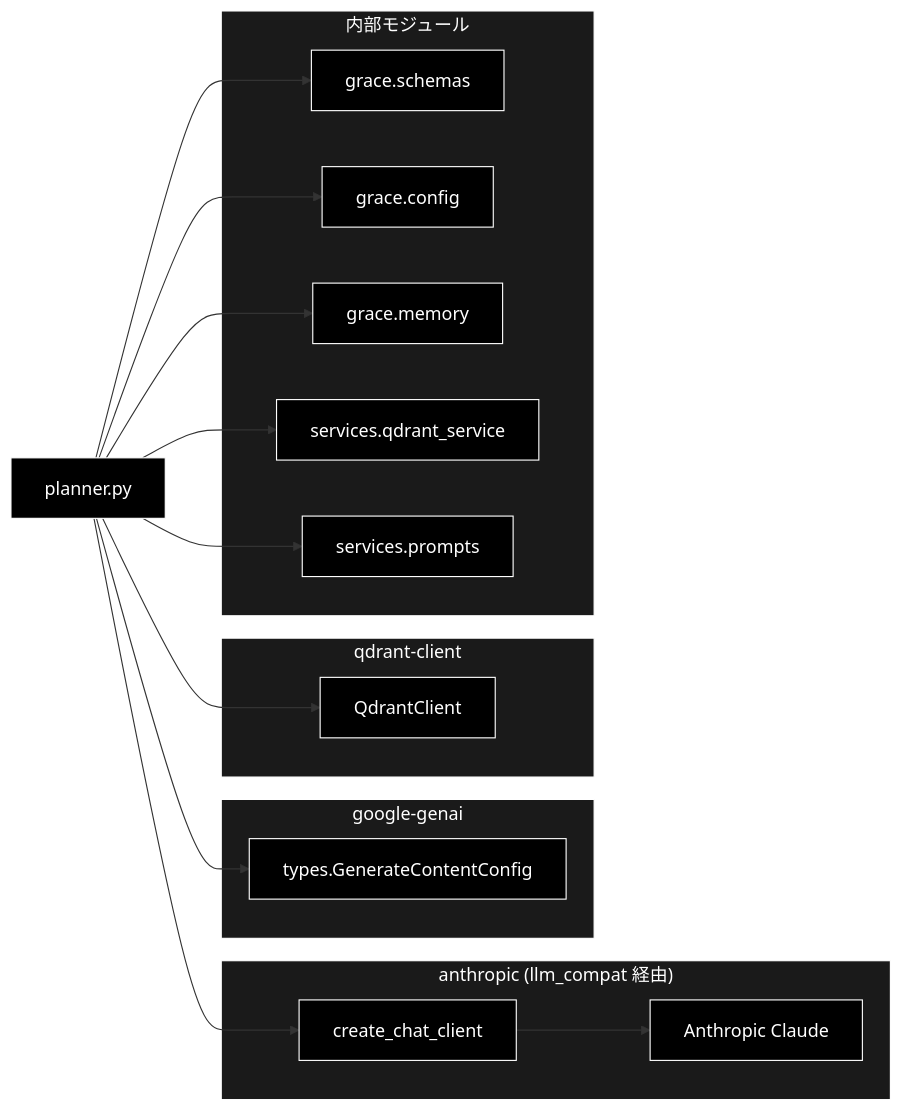
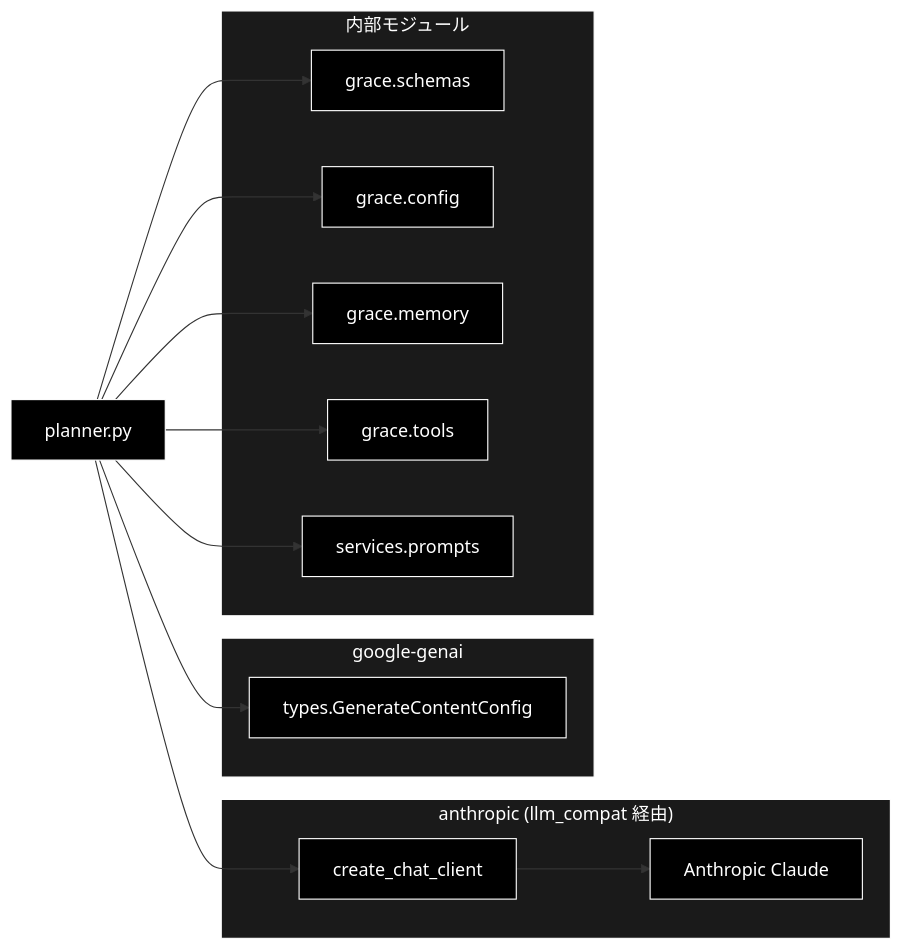
One commit to nakashima2toshio/grace_v2 changed the third of 3 diagrams in grace/docs/planner.md. Above: the diagram before and after it, drawn with Mermaid. The commit also changed other lines of this file and 8 other files, not shown here.

````diff
--- a/grace/docs/planner.md
+++ b/grace/docs/planner.md
@@ -1325,42 +1394,36 @@
 ```mermaid
 flowchart LR
     PLANNER["planner.py"]
 
     subgraph ANTHROPIC["anthropic (llm_compat 経由)"]
         CLIENT["create_chat_client"]
         CLAUDE["Anthropic Claude"]
     end
 
     subgraph GENAI["google-genai"]
         TYPES["types.GenerateContentConfig"]
     end
 
-    subgraph QDRANT["qdrant-client"]
-        QC["QdrantClient"]
-    end
-
     subgraph INTERNAL["内部モジュール"]
         SCHEMAS["grace.schemas"]
         CONFIG["grace.config"]
         MEMORY["grace.memory"]
-        QSVC["services.qdrant_service"]
+        TOOLS["grace.tools"]
         PROMPTS["services.prompts"]
     end
 
     PLANNER --> CLIENT
     CLIENT --> CLAUDE
     PLANNER --> TYPES
-    PLANNER --> QC
     PLANNER --> SCHEMAS
     PLANNER --> CONFIG
     PLANNER --> MEMORY
-    PLANNER --> QSVC
+    PLANNER --> TOOLS
     PLANNER --> PROMPTS
 classDef default fill:#000,stroke:#fff,color:#fff
 classDef subgraphStyle fill:#1a1a1a,stroke:#fff,color:#fff
-class PLANNER,CLIENT,CLAUDE,TYPES,QC,SCHEMAS,CONFIG,MEMORY,QSVC,PROMPTS default
+class PLANNER,CLIENT,CLAUDE,TYPES,SCHEMAS,CONFIG,MEMORY,TOOLS,PROMPTS default
 style ANTHROPIC fill:#1a1a1a,stroke:#fff,color:#fff
 style GENAI fill:#1a1a1a,stroke:#fff,color:#fff
-style QDRANT fill:#1a1a1a,stroke:#fff,color:#fff
 style INTERNAL fill:#1a1a1a,stroke:#fff,color:#fff
 ```
````
